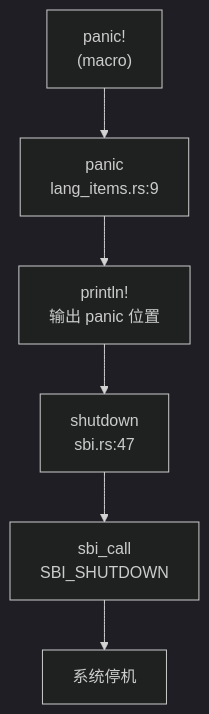
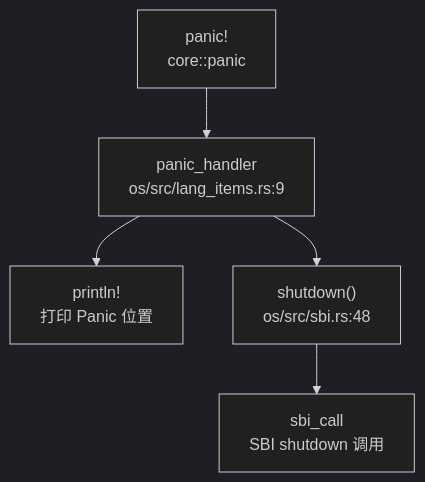
Before and after one commit to Freefor100/OS-Agent: the diagram in output/oskernel2024-chaos/sections/12_调试机制与错误处理.md, drawn with Mermaid (dark theme). The commit also changed other lines of this file and 117 other files, not shown here.

````diff
--- a/output/oskernel2024-chaos/sections/12_调试机制与错误处理.md
+++ b/output/oskernel2024-chaos/sections/12_调试机制与错误处理.md
@@ -133,13 +100,12 @@
 ```mermaid
 graph TD
-    A["panic!
- (macro)"] --> B["panic
- lang_items.rs:9"]
-    B --> C["println!
- 输出 panic 位置"]
-    C --> D["shutdown
- sbi.rs:47"]
-    D --> E["sbi_call
- SBI_SHUTDOWN"]
-    E --> F["系统停机"]
+  A["panic!
+ core::panic"] --> B["panic_handler
+ os/src/lang_items.rs:9"]
+  B --> C["println!
+ 打印 Panic 位置"]
+  B --> D["shutdown()
+ os/src/sbi.rs:48"]
+  D --> E["sbi_call
+ SBI shutdown 调用"]
 ```
````
